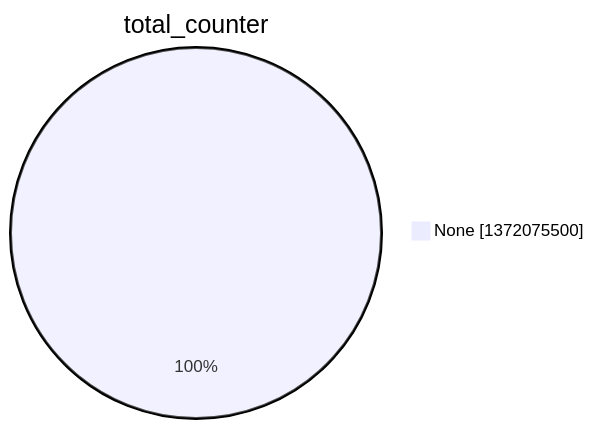
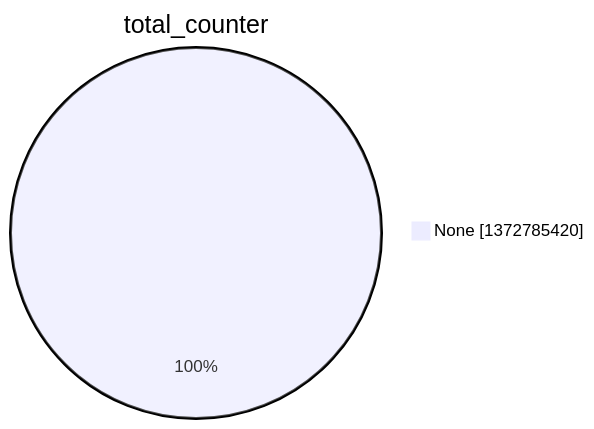
One commit to christiankrug/ctmonitor_visualization changed the second of 15 diagrams in argon2022/README.md. Above: the diagram before and after it, drawn with Mermaid. The commit also changed other lines of this file, not shown here.

````diff
--- a/argon2022/README.md
+++ b/argon2022/README.md
@@ -9,5 +9,5 @@
 ```mermaid
 pie showData
 title total_counter
-"None" :1372075500
+"None" :1372785420
 ```
````
